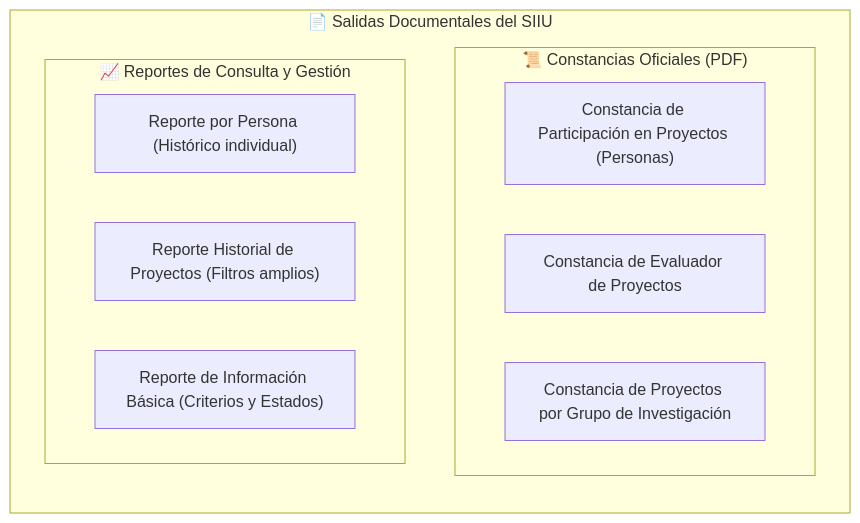
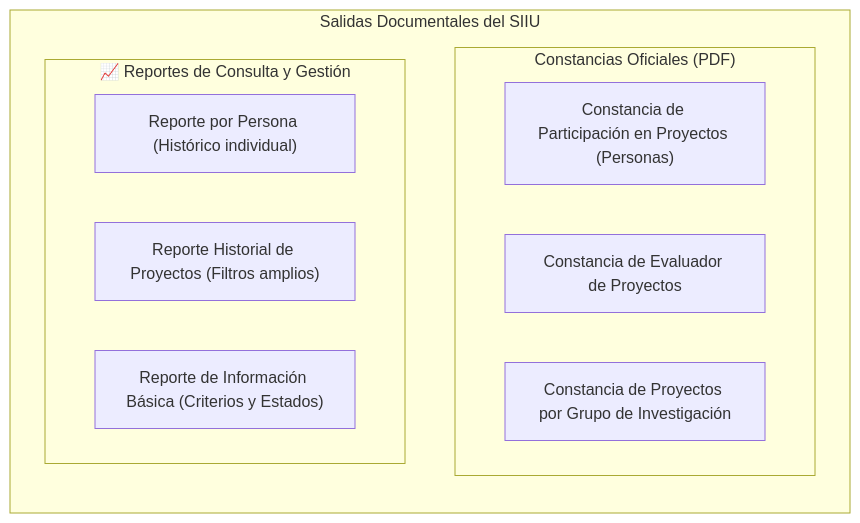
Before and after one commit to Colors-svg/Wiki: the diagram in wiki/00_INICIO_Y_MOCS/MOC_Reportes_y_Constancias.md, drawn with Mermaid. The commit also changed other lines of this file and 25 other files, not shown here.

````diff
--- a/wiki/00_INICIO_Y_MOCS/MOC_Reportes_y_Constancias.md
+++ b/wiki/00_INICIO_Y_MOCS/MOC_Reportes_y_Constancias.md
@@ -18,17 +18,17 @@
 ```mermaid
 graph LR
-    subgraph SALIDAS_SIIU["📄 Salidas Documentales del SIIU"]
+    subgraph SALIDAS_SIIU["Salidas Documentales del SIIU"]
         direction TB
-        subgraph CONST["📜 Constancias Oficiales (PDF)"]
+        subgraph CONST["Constancias Oficiales (PDF)"]
             C1["Constancia de Participación en Proyectos (Personas)"]
             C2["Constancia de Evaluador de Proyectos"]
             C3["Constancia de Proyectos por Grupo de Investigación"]
         end
 
         subgraph REP["📈 Reportes de Consulta y Gestión"]
             R1["Reporte por Persona (Histórico individual)"]
             R2["Reporte Historial de Proyectos (Filtros amplios)"]
             R3["Reporte de Información Básica (Criterios y Estados)"]
         end
     end
 ```
````
